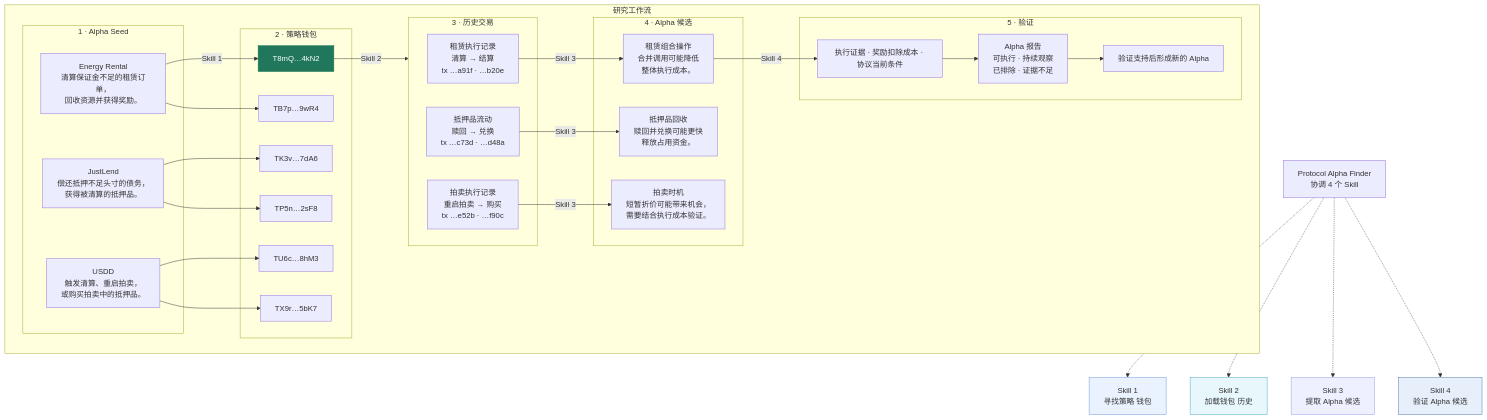
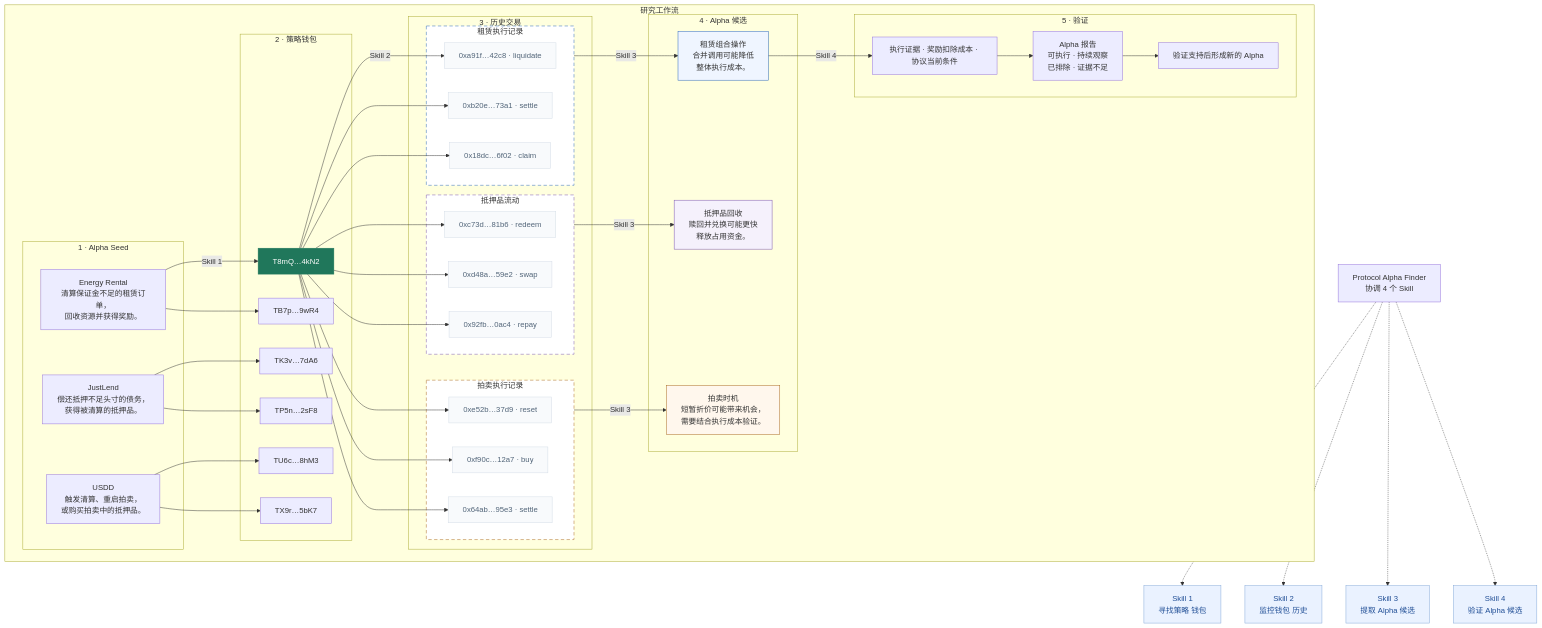
Before and after one commit to qinyh10300/protocol-alpha-finder: the diagram in docs/diagrams/system-architecture-zh-CN.mmd, drawn with Mermaid. The commit also changed 8 other files, not shown here.

```diff
--- a/docs/diagrams/system-architecture-zh-CN.mmd
+++ b/docs/diagrams/system-architecture-zh-CN.mmd
@@ -1,59 +1,94 @@
 flowchart TB
     subgraph FLOW["研究工作流"]
         direction LR
         subgraph SEEDS["1 · Alpha Seed"]
             SEED0["Energy Rental<br/>清算保证金不足的租赁订单，<br/>回收资源并获得奖励。"]
             SEED1["JustLend<br/>偿还抵押不足头寸的债务，<br/>获得被清算的抵押品。"]
             SEED2["USDD<br/>触发清算、重启拍卖，<br/>或购买拍卖中的抵押品。"]
         end
         subgraph WALLETS["2 · 策略钱包"]
             WALLET0["T8mQ…4kN2"]
             WALLET1["TB7p…9wR4"]
             WALLET2["TK3v…7dA6"]
             WALLET3["TP5n…2sF8"]
             WALLET4["TU6c…8hM3"]
             WALLET5["TX9r…5bK7"]
         end
         subgraph HISTORYS["3 · 历史交易"]
-            HISTORY0["租赁执行记录<br/>清算 → 结算<br/>tx …a91f · …b20e"]
-            HISTORY1["抵押品流动<br/>赎回 → 兑换<br/>tx …c73d · …d48a"]
-            HISTORY2["拍卖执行记录<br/>重启拍卖 → 购买<br/>tx …e52b · …f90c"]
+            subgraph HISTORY0["租赁执行记录"]
+                TX00["0xa91f…42c8 · liquidate"]
+                TX01["0xb20e…73a1 · settle"]
+                TX02["0x18dc…6f02 · claim"]
+            end
+            subgraph HISTORY1["抵押品流动"]
+                TX10["0xc73d…81b6 · redeem"]
+                TX11["0xd48a…59e2 · swap"]
+                TX12["0x92fb…0ac4 · repay"]
+            end
+            subgraph HISTORY2["拍卖执行记录"]
+                TX20["0xe52b…37d9 · reset"]
+                TX21["0xf90c…12a7 · buy"]
+                TX22["0x64ab…95e3 · settle"]
+            end
         end
         subgraph CANDIDATES["4 · Alpha 候选"]
             CANDIDATE0["租赁组合操作<br/>合并调用可能降低<br/>整体执行成本。"]
             CANDIDATE1["抵押品回收<br/>赎回并兑换可能更快<br/>释放占用资金。"]
             CANDIDATE2["拍卖时机<br/>短暂折价可能带来机会，<br/>需要结合执行成本验证。"]
         end
         subgraph VALIDATION["5 · 验证"]
             CHECK["执行证据 · 奖励扣除成本 · 协议当前条件"]
             REPORT["Alpha 报告<br/>可执行 · 持续观察<br/>已排除 · 证据不足"]
             NEW["验证支持后形成新的 Alpha"]
             CHECK --> REPORT --> NEW
         end
         SEED0 -->|Skill 1| WALLET0
         SEED0 --> WALLET1
         SEED1 --> WALLET2
         SEED1 --> WALLET3
         SEED2 --> WALLET4
         SEED2 --> WALLET5
-        WALLET0 -->|Skill 2| HISTORYS
+        WALLET0 -->|Skill 2| TX00
+        WALLET0 --> TX01
+        WALLET0 --> TX02
+        WALLET0 --> TX10
+        WALLET0 --> TX11
+        WALLET0 --> TX12
+        WALLET0 --> TX20
+        WALLET0 --> TX21
+        WALLET0 --> TX22
         HISTORY0 -->|Skill 3| CANDIDATE0
         HISTORY1 -->|Skill 3| CANDIDATE1
         HISTORY2 -->|Skill 3| CANDIDATE2
         CANDIDATE0 -->|Skill 4| CHECK
     end
     S1["Skill 1<br/>寻找策略 钱包"]
-    S2["Skill 2<br/>加载钱包 历史"]
+    S2["Skill 2<br/>监控钱包 历史"]
     S3["Skill 3<br/>提取 Alpha 候选"]
     S4["Skill 4<br/>验证 Alpha 候选"]
     COORD["Protocol Alpha Finder<br/>协调 4 个 Skill"]
     COORD -.-> S1
     COORD -.-> S2
     COORD -.-> S3
     COORD -.-> S4
     style WALLET0 fill:#20775b,stroke:#20775b,color:#ffffff
-    style S1 fill:#eaf2ff,stroke:#6c9ad9
-    style S2 fill:#e7f7fc,stroke:#53a9c7
-    style S3 fill:#eef0ff,stroke:#929fe8
-    style S4 fill:#e7effb,stroke:#4d74ad
-    %% 地址与交易分组均为方法示意。选中钱包提供历史记录，三组交易证据分别产生三个候选假设，图中选取一个进入验证。Protocol Alpha Finder 统一协调四个编号操作，并记录历史数据覆盖情况。
+    style S1 fill:#eaf2ff,stroke:#83a8d8,color:#214f96
+    style S2 fill:#eaf2ff,stroke:#83a8d8,color:#214f96
+    style S3 fill:#eaf2ff,stroke:#83a8d8,color:#214f96
+    style S4 fill:#eaf2ff,stroke:#83a8d8,color:#214f96
+    style HISTORY0 fill:#ffffff,stroke:#2563b8,stroke-dasharray:7 5
+    style CANDIDATE0 fill:#eff5ff,stroke:#2563b8
+    style TX00 fill:#f8fafc,stroke:#d3dce6,color:#526579
+    style TX01 fill:#f8fafc,stroke:#d3dce6,color:#526579
+    style TX02 fill:#f8fafc,stroke:#d3dce6,color:#526579
+    style HISTORY1 fill:#ffffff,stroke:#7953ad,stroke-dasharray:7 5
+    style CANDIDATE1 fill:#f5f1fc,stroke:#7953ad
+    style TX10 fill:#f8fafc,stroke:#d3dce6,color:#526579
+    style TX11 fill:#f8fafc,stroke:#d3dce6,color:#526579
+    style TX12 fill:#f8fafc,stroke:#d3dce6,color:#526579
+    style HISTORY2 fill:#ffffff,stroke:#a8661e,stroke-dasharray:7 5
+    style CANDIDATE2 fill:#fff7ed,stroke:#a8661e
+    style TX20 fill:#f8fafc,stroke:#d3dce6,color:#526579
+    style TX21 fill:#f8fafc,stroke:#d3dce6,color:#526579
+    style TX22 fill:#f8fafc,stroke:#d3dce6,color:#526579
+    %% 地址与交易均为方法示意。选中钱包连接到监控的交易记录，三组虚线标出的证据分别支持三个候选假设，图中选取一个进入验证。Protocol Alpha Finder 统一协调四个操作。监控目前通过手动发起采集与复查完成，并记录历史覆盖情况。
```
